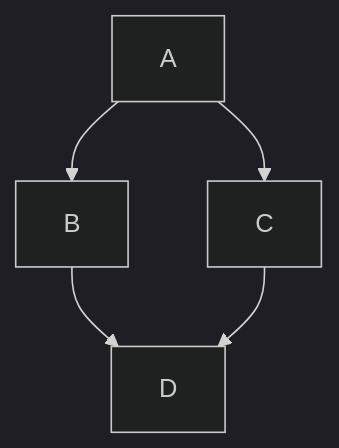
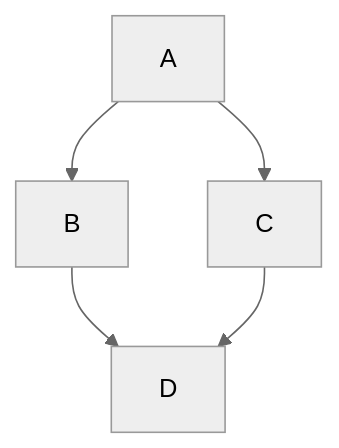
The diagram in index.md (Mikanixonable/Mikanixonable.github.io), drawn with Mermaid before and after one commit. The commit also changed other lines of this file, not shown here.

````diff
--- a/index.md
+++ b/index.md
@@ -64,8 +64,8 @@
 ```mermaid
-%%{init: {'theme':'dark'}}%%
+%%{init: {'theme':'neutral'}}%%
 graph TD;
     A-->B;
     A-->C;
     B-->D;
     C-->D;
 ```
````
